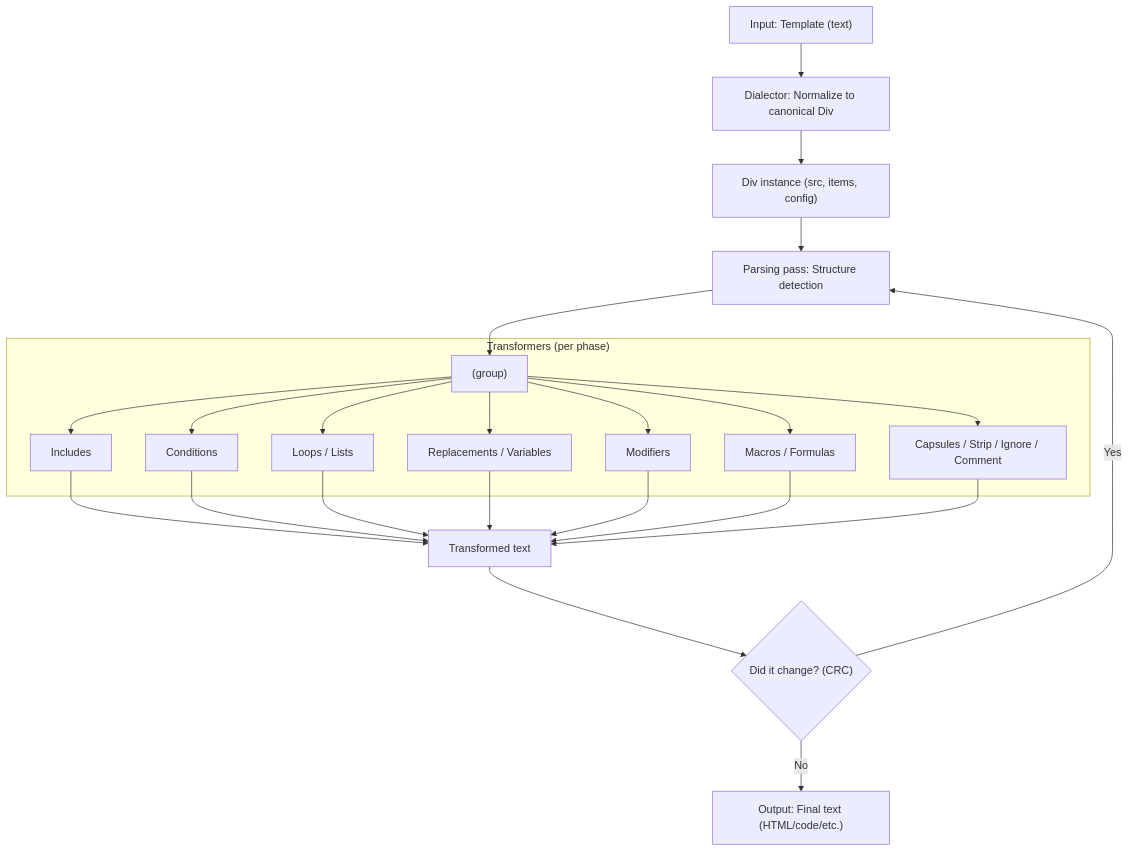
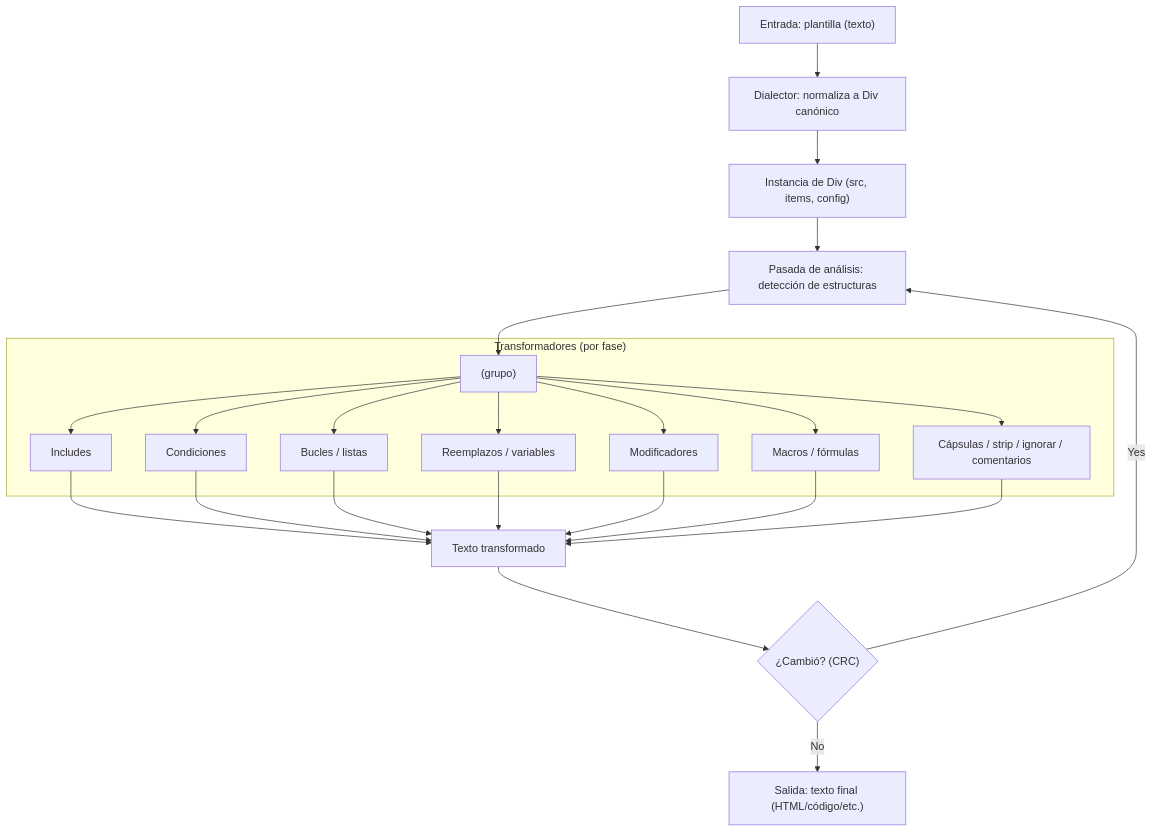
Before and after one commit to divengine/divide: the first of 4 diagrams in src/divide/manual/books/div.es/README.md, drawn with Mermaid. The commit also changed other lines of this file and 1 other file, not shown here.

Commit message:
Div's documentation in Spanish: the README's diagrams in Spanish, synced

````diff
--- a/src/divide/manual/books/div.es/README.md
+++ b/src/divide/manual/books/div.es/README.md
@@ -14,36 +14,36 @@
 ```mermaid
 flowchart TD
-    A["Input: Template (text)"] --> B["Dialector: Normalize to canonical Div"]
-    B --> C["Div instance (src, items, config)"]
-    C --> D["Parsing pass: Structure detection"]
+    A["Entrada: plantilla (texto)"] --> B["Dialector: normaliza a Div canónico"]
+    B --> C["Instancia de Div (src, items, config)"]
+    C --> D["Pasada de análisis: detección de estructuras"]
 
-    subgraph T["Transformers (per phase)"]
-      T0["(group)"]
+    subgraph T["Transformadores (por fase)"]
+      T0["(grupo)"]
       T1["Includes"]
-      T2["Conditions"]
-      T3["Loops / Lists"]
-      T4["Replacements / Variables"]
-      T5["Modifiers"]
-      T6["Macros / Formulas"]
-      T7["Capsules / Strip / Ignore / Comment"]
+      T2["Condiciones"]
+      T3["Bucles / listas"]
+      T4["Reemplazos / variables"]
+      T5["Modificadores"]
+      T6["Macros / fórmulas"]
+      T7["Cápsulas / strip / ignorar / comentarios"]
       T0 --> T1
       T0 --> T2
       T0 --> T3
       T0 --> T4
       T0 --> T5
       T0 --> T6
       T0 --> T7
     end
 
     D --> T0
-    T1 --> E["Transformed text"]
+    T1 --> E["Texto transformado"]
     T2 --> E
     T3 --> E
     T4 --> E
     T5 --> E
     T6 --> E
     T7 --> E
-    E --> F{"Did it change? (CRC)"}
+    E --> F{"¿Cambió? (CRC)"}
     F -- Yes --> D
-    F -- No --> G["Output: Final text (HTML/code/etc.)"]
+    F -- No --> G["Salida: texto final (HTML/código/etc.)"]
 ```
````
